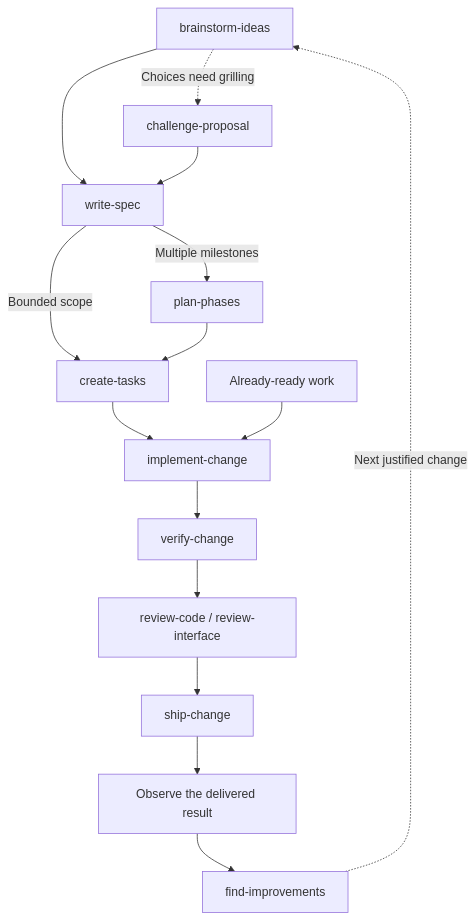
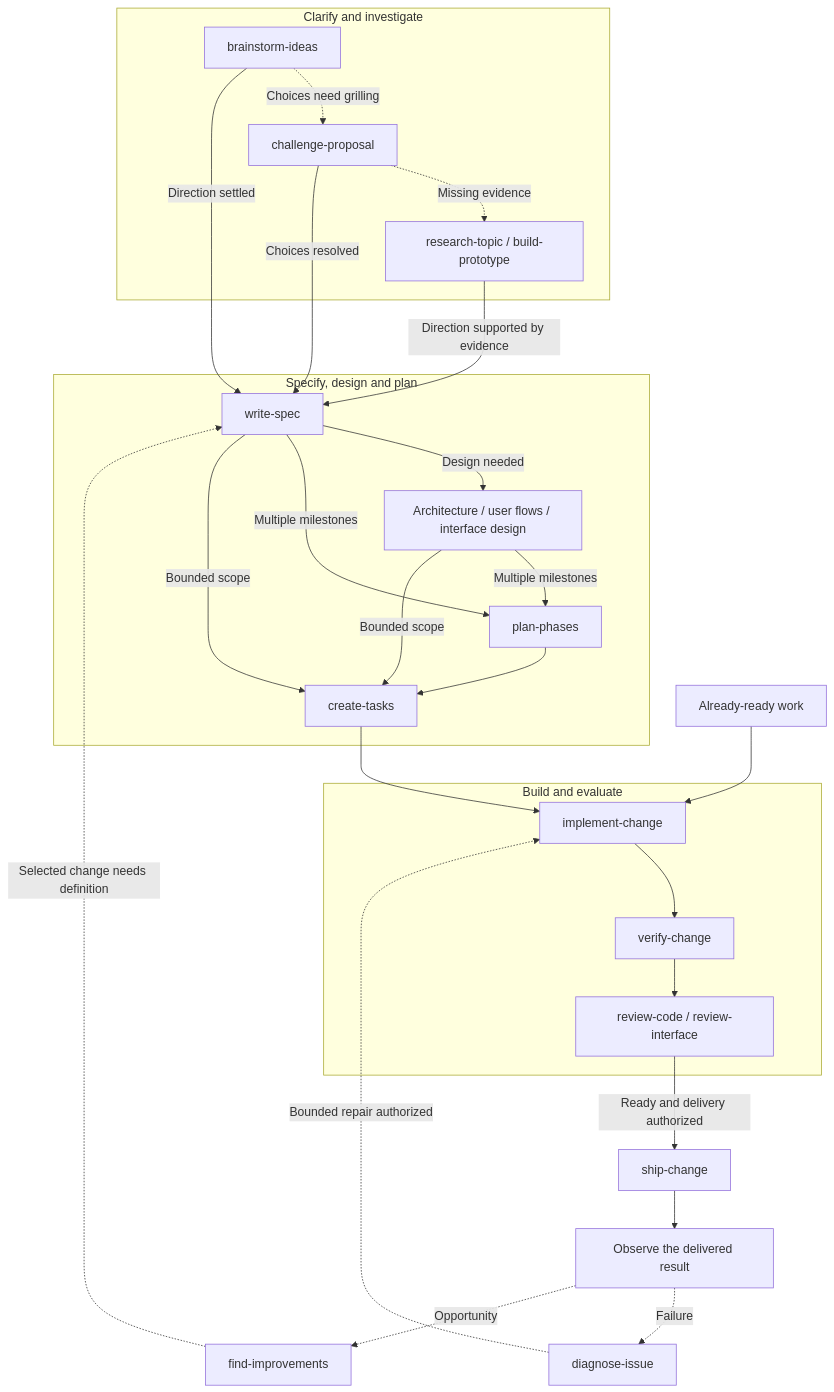
Before and after one commit to bobalazek/skills: the diagram in README.md, drawn with Mermaid. The commit also changed other lines of this file and 11 other files, not shown here.

First line of the commit message:
docs(workflows): clarify next actions and parallel phases (#14)

````diff
--- a/README.md
+++ b/README.md
@@ -62,17 +62,30 @@
 ```mermaid
 flowchart TD
-  Idea["brainstorm-ideas"] --> Spec["write-spec"]
-  Idea -. "Choices need grilling" .-> Challenge["challenge-proposal"]
-  Challenge --> Spec
-  Spec -->|Multiple milestones| Phases["plan-phases"]
-  Spec -->|Bounded scope| Tasks["create-tasks"]
-  Phases --> Tasks
-  Tasks --> Build["implement-change"]
+  subgraph Explore["Clarify and investigate"]
+    Idea["brainstorm-ideas"] -. "Choices need grilling" .-> Challenge["challenge-proposal"]
+    Challenge -. "Missing evidence" .-> Research["research-topic / build-prototype"]
+  end
+  Idea -->|Direction settled| Spec
+  Challenge -->|Choices resolved| Spec
+  Research -->|Direction supported by evidence| Spec
+  subgraph Plan["Specify, design and plan"]
+    Spec["write-spec"] -->|Design needed| Design["Architecture / user flows / interface design"]
+    Spec -->|Multiple milestones| Phases["plan-phases"]
+    Spec -->|Bounded scope| Tasks["create-tasks"]
+    Design -->|Multiple milestones| Phases
+    Design -->|Bounded scope| Tasks
+    Phases --> Tasks
+  end
+  Tasks --> Build
   Ready["Already-ready work"] --> Build
-  Build --> Verify["verify-change"]
-  Verify --> Review["review-code / review-interface"]
-  Review --> Ship["ship-change"]
+  subgraph Evaluate["Build and evaluate"]
+    Build["implement-change"] --> Verify["verify-change"]
+    Verify --> Review["review-code / review-interface"]
+  end
+  Review -->|Ready and delivery authorized| Ship["ship-change"]
   Ship --> Observe["Observe the delivered result"]
-  Observe --> Improve["find-improvements"]
-  Improve -. "Next justified change" .-> Idea
+  Observe -. "Failure" .-> Diagnose["diagnose-issue"]
+  Diagnose -. "Bounded repair authorized" .-> Build
+  Observe -. "Opportunity" .-> Improve["find-improvements"]
+  Improve -. "Selected change needs definition" .-> Spec
 ```
````
